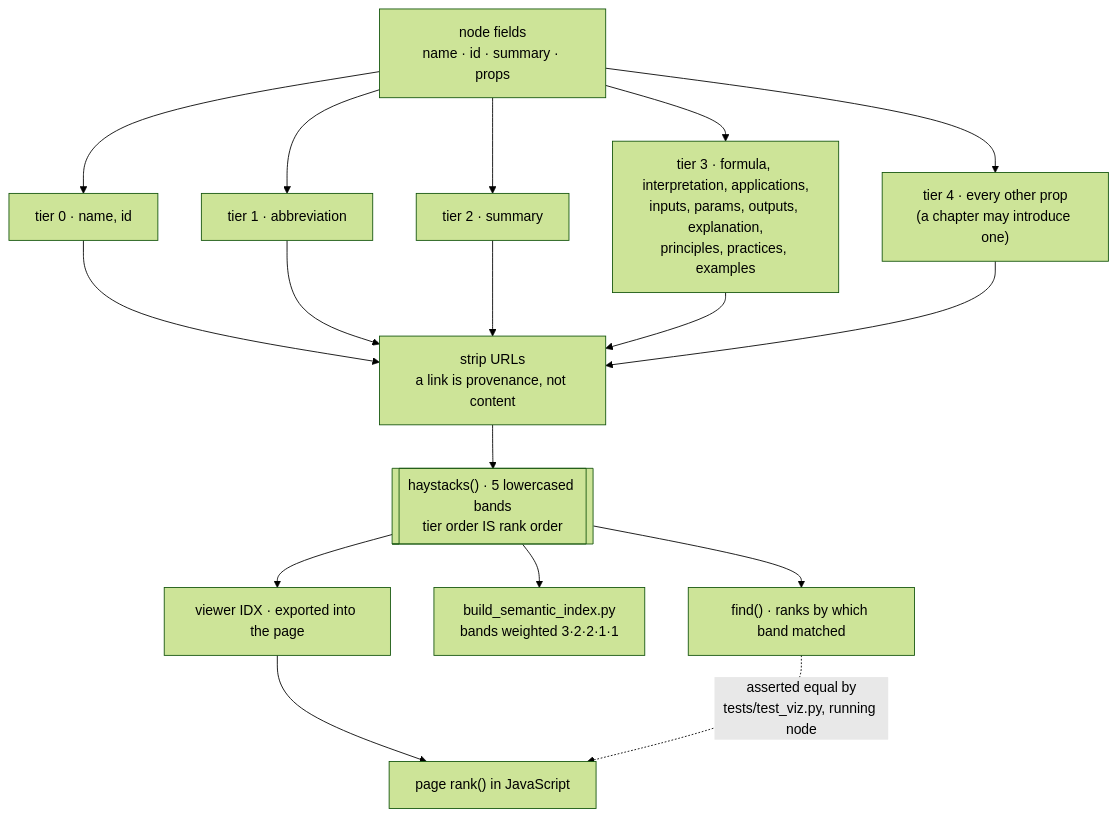
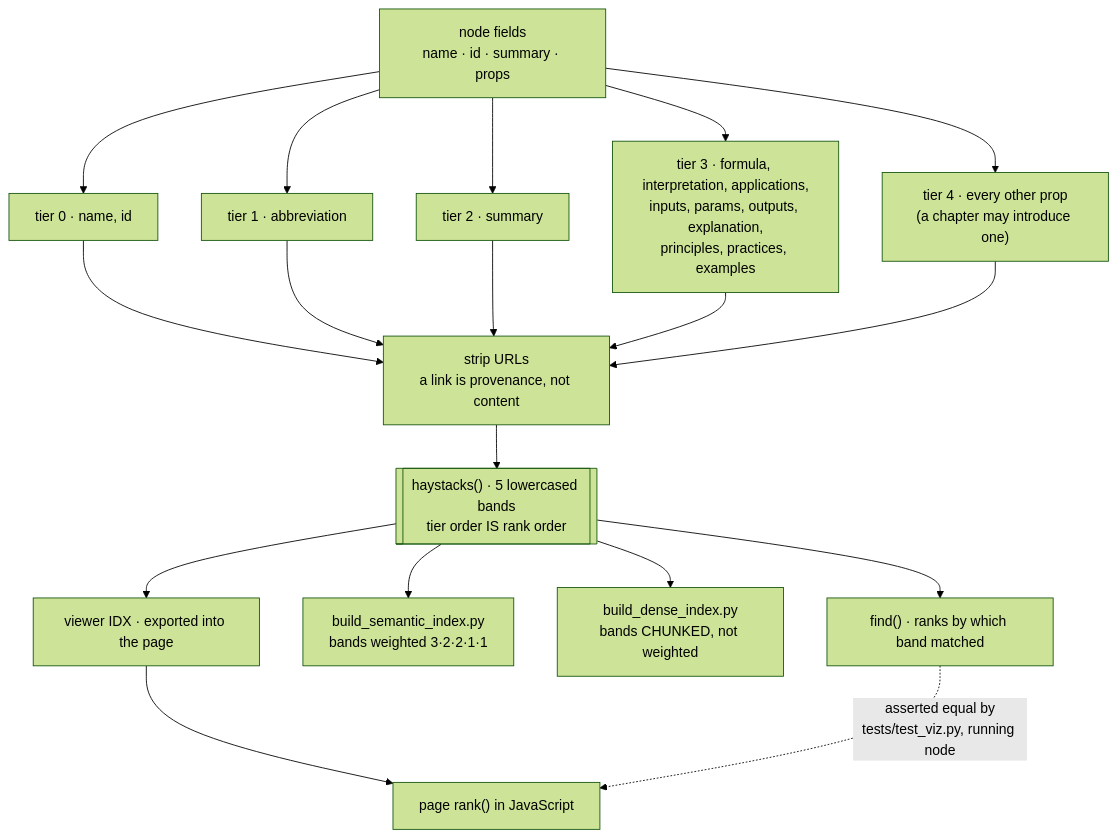
Before and after one commit to MangroveTechnologies/MangroveKnowledgeBase: the fourth of 9 diagrams in docs/architecture/README.md, drawn with Mermaid (forest theme). The commit also changed other lines of this file and 16 other files, not shown here.

````diff
--- a/docs/architecture/README.md
+++ b/docs/architecture/README.md
@@ -132,19 +133,20 @@
 ```mermaid
 flowchart TB
   node[node fields<br/>name · id · summary · props]
   node --> t0[tier 0 · name, id]
   node --> t1[tier 1 · abbreviation]
   node --> t2[tier 2 · summary]
   node --> t3["tier 3 · formula, interpretation, applications,<br/>inputs, params, outputs, explanation,<br/>principles, practices, examples"]
   node --> t4["tier 4 · every other prop<br/>(a chapter may introduce one)"]
 
   t0 & t1 & t2 & t3 & t4 --> strip[strip URLs<br/>a link is provenance, not content]
   strip --> hay[["haystacks() · 5 lowercased bands<br/>tier order IS rank order"]]
 
   hay --> find["find() · ranks by which band matched"]
   hay --> lsa["build_semantic_index.py<br/>bands weighted 3·2·2·1·1"]
+  hay --> dns["build_dense_index.py<br/>bands CHUNKED, not weighted"]
   hay --> idx["viewer IDX · exported into the page"]
   idx --> js["page rank() in JavaScript"]
 
   find -.->|"asserted equal by<br/>tests/test_viz.py, running node"| js
 ```
````
